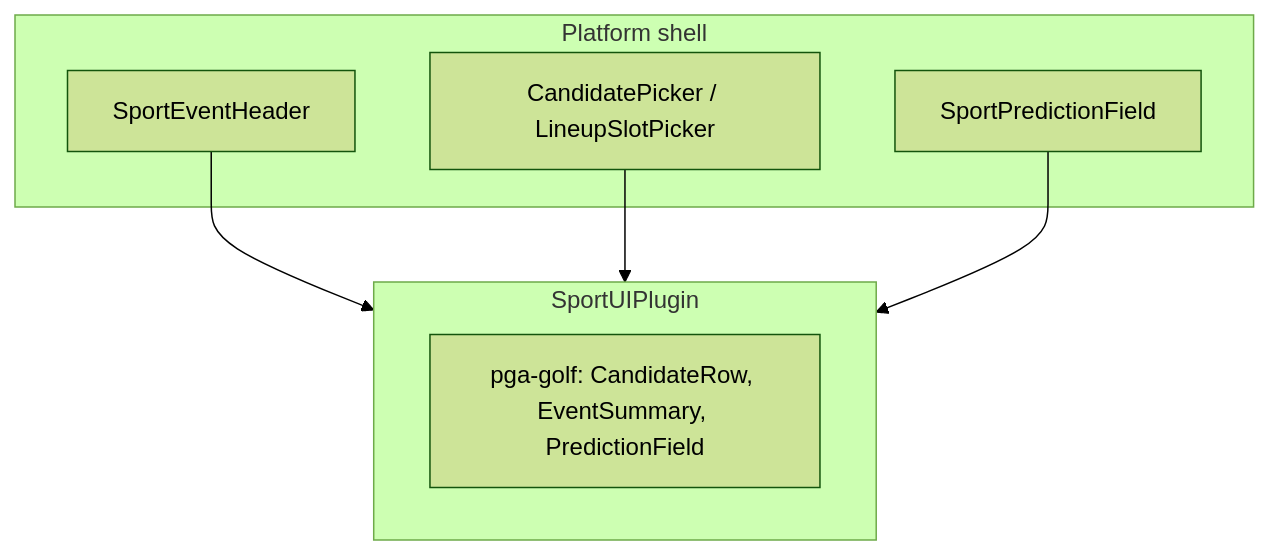
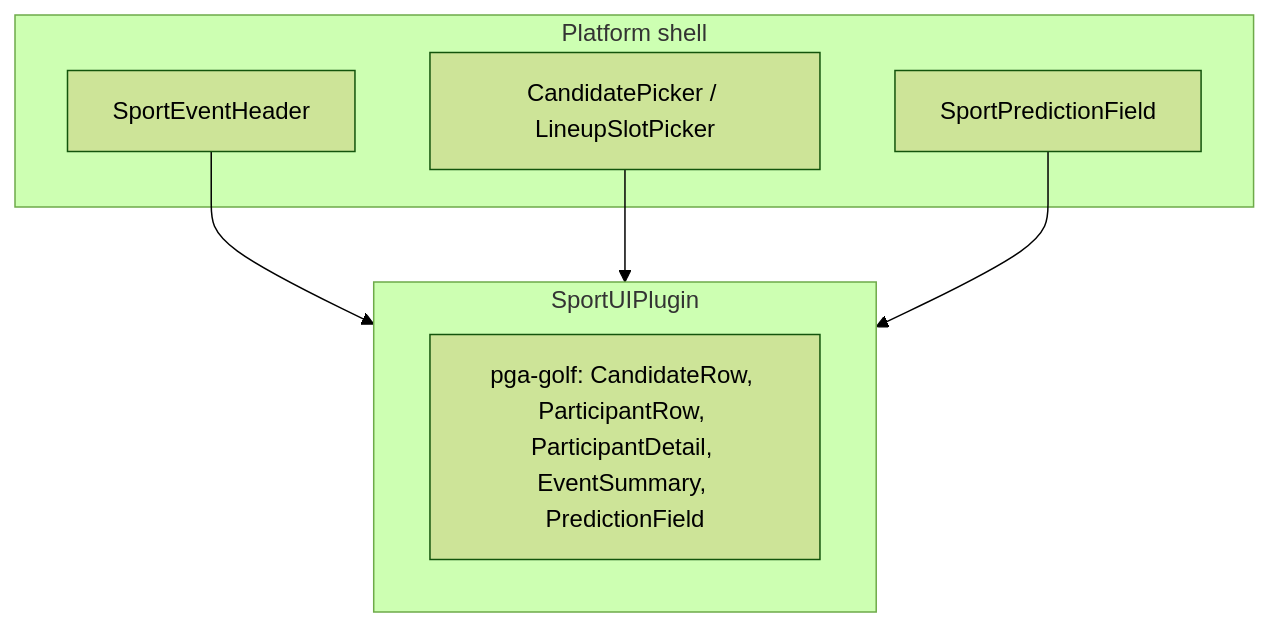
The third of 3 diagrams in spec/client/architecture.md (MagRelo/cut), drawn with Mermaid (forest theme) before and after one commit. The commit also changed other lines of this file and 9 other files, not shown here.

First line of the commit message:
Refactor platform architecture and enhance sport-specific components

````diff
--- a/spec/client/architecture.md
+++ b/spec/client/architecture.md
@@ -65,14 +65,14 @@
 ```mermaid
 flowchart TB
   subgraph platform[Platform shell]
     Header[SportEventHeader]
     Picker[CandidatePicker / LineupSlotPicker]
     Pred[SportPredictionField]
   end
   subgraph plugin[SportUIPlugin]
-  Golf[pga-golf: CandidateRow, EventSummary, PredictionField]
+  Golf[pga-golf: CandidateRow, ParticipantRow, ParticipantDetail, EventSummary, PredictionField]
   end
   Header --> plugin
   Picker --> plugin
   Pred --> plugin
 ```
````
